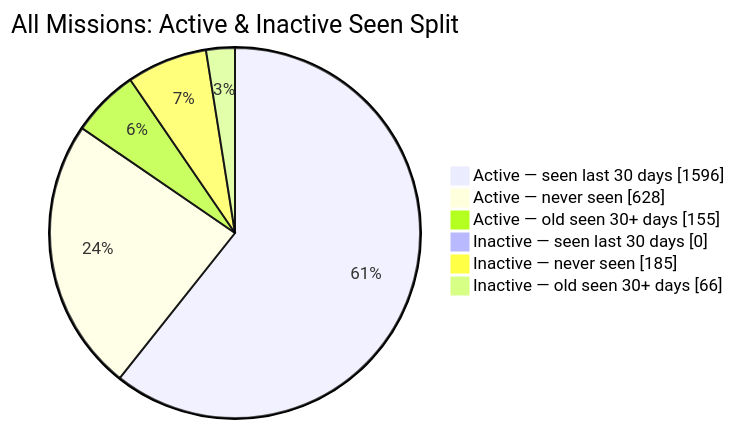
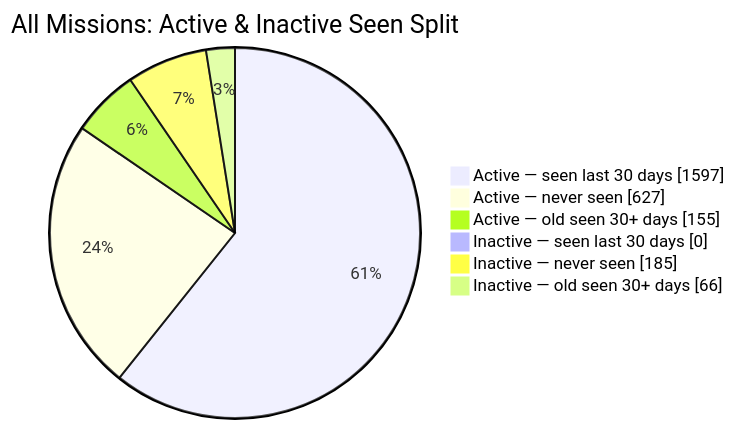
Before and after one commit to MeldkamerspelGameTeam/active-missions: the second of 2 diagrams in README.md, drawn with Mermaid. The commit also changed other lines of this file and 2 other files, not shown here.

````diff
--- a/README.md
+++ b/README.md
@@ -44,10 +44,10 @@
 ```mermaid
 pie showData
     title All Missions: Active & Inactive Seen Split
-    "Active — seen last 30 days" : 1596
-    "Active — never seen" : 628
+    "Active — seen last 30 days" : 1597
+    "Active — never seen" : 627
     "Active — old seen 30+ days" : 155
     "Inactive — seen last 30 days" : 0
     "Inactive — never seen" : 185
     "Inactive — old seen 30+ days" : 66
 ```
````
